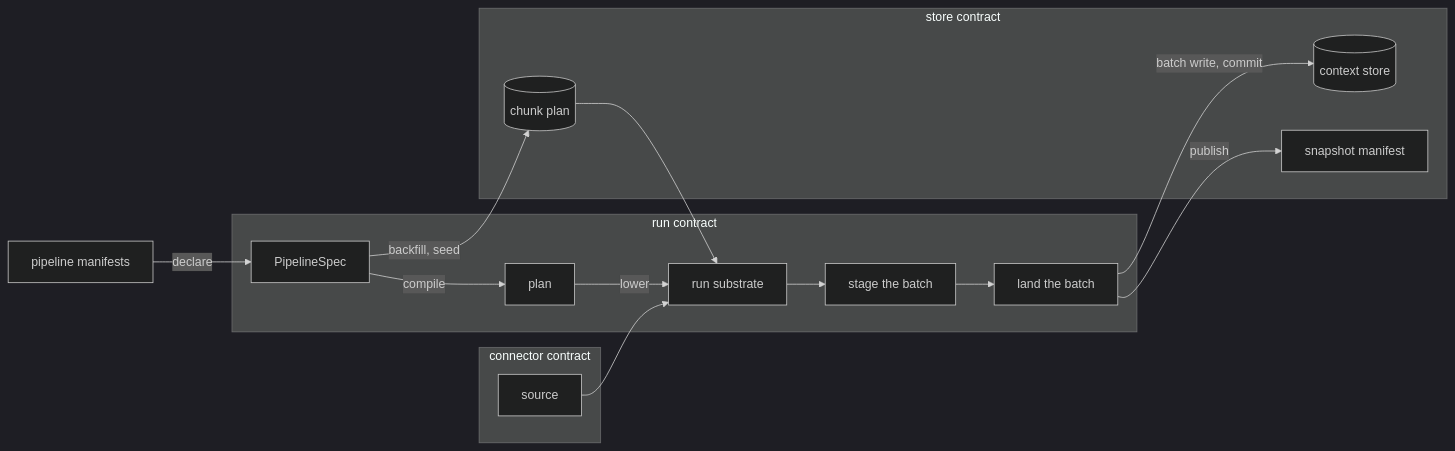
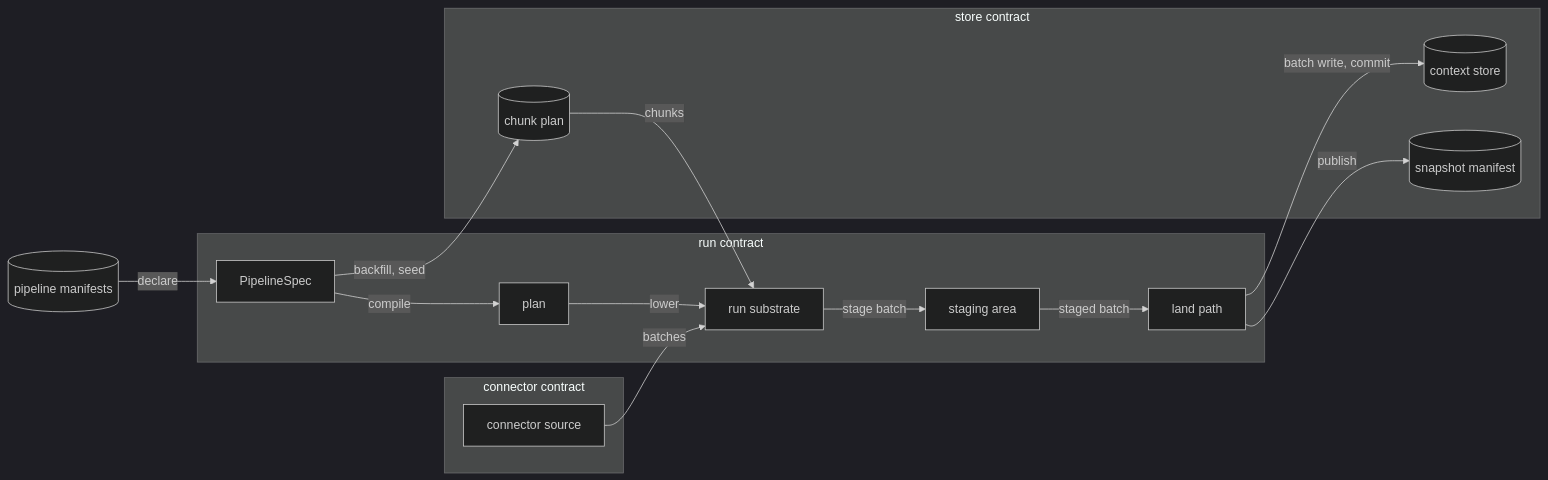
The first of 4 diagrams in spec/31-pipeline.md (fractalboxdev/contextful), drawn with Mermaid (dark theme) before and after one commit. The commit also changed other lines of this file and 31 other files, not shown here.

First line of the commit message:
spec: every diagram draws things as nodes and what flows as labelled edges

````diff
--- a/spec/31-pipeline.md
+++ b/spec/31-pipeline.md
@@ -23,28 +23,28 @@
 ```mermaid
 flowchart LR
-  MF["pipeline manifests"] -->|declare| SPEC
+  MF[("pipeline manifests")] -->|"declare"| SPEC
   subgraph CONN["connector contract"]
-    SRC["source"]
+    SRC["connector source"]
   end
   subgraph RUNC["run contract"]
     SPEC["PipelineSpec"]
     PLAN["plan"]
     RUN["run substrate"]
-    ST["stage the batch"]
-    LAND["land the batch"]
+    ST["staging area"]
+    LAND["land path"]
   end
   subgraph STORE["store contract"]
     CH[("chunk plan")]
     CS[("context store")]
-    MAN["snapshot manifest"]
+    MAN[("snapshot manifest")]
   end
-  SPEC -->|compile| PLAN
-  PLAN -->|lower| RUN
+  SPEC -->|"compile"| PLAN
+  PLAN -->|"lower"| RUN
   SPEC -->|"backfill, seed"| CH
-  CH --> RUN
-  SRC --> RUN
-  RUN --> ST
-  ST --> LAND
+  CH -->|"chunks"| RUN
+  SRC -->|"batches"| RUN
+  RUN -->|"stage batch"| ST
+  ST -->|"staged batch"| LAND
   LAND -->|"batch write, commit"| CS
-  LAND -->|publish| MAN
+  LAND -->|"publish"| MAN
 ```
````
